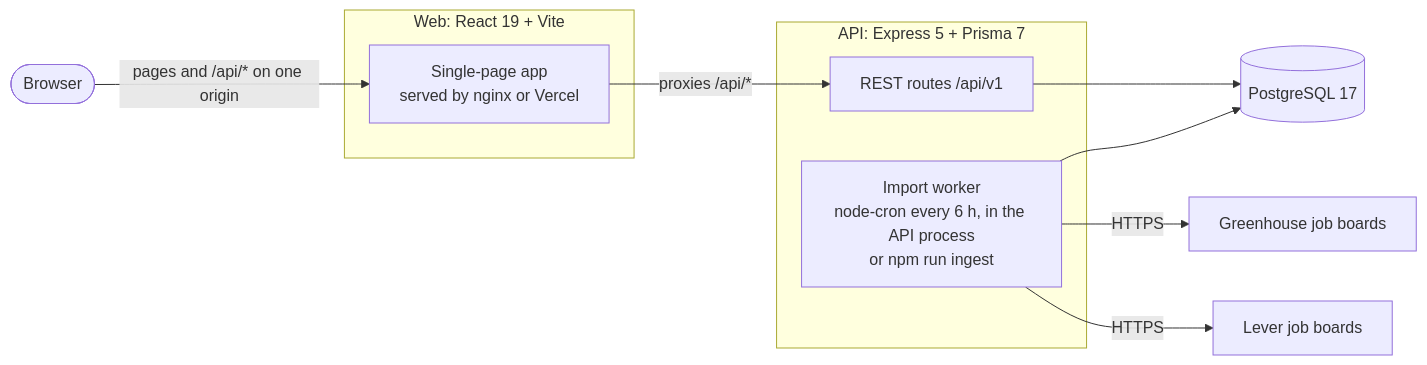
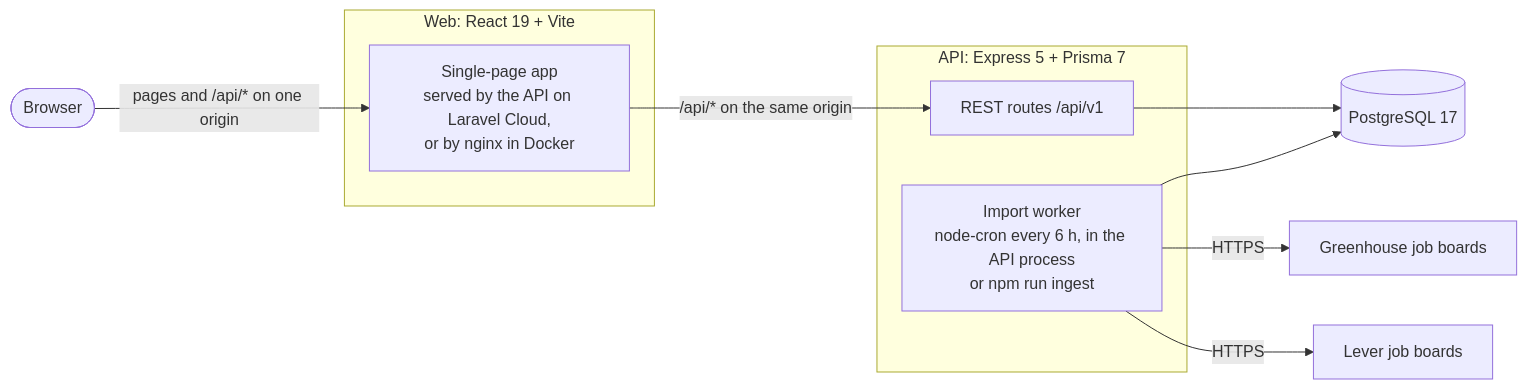
One commit to cabasoah/Fredericton-Grad-Jobs changed the diagram in README.md. Above: the diagram before and after it, drawn with Mermaid. The commit also changed other lines of this file and 2 other files, not shown here.

````diff
--- a/README.md
+++ b/README.md
@@ -33,21 +33,21 @@
 ```mermaid
 flowchart LR
   browser([Browser])
   subgraph web [Web: React 19 + Vite]
-    spa[Single-page app<br/>served by nginx or Vercel]
+    spa[Single-page app<br/>served by the API on Laravel Cloud,<br/>or by nginx in Docker]
   end
   subgraph api [API: Express 5 + Prisma 7]
     routes[REST routes /api/v1]
     worker[Import worker<br/>node-cron every 6 h, in the API process<br/>or npm run ingest]
   end
   db[(PostgreSQL 17)]
   gh[Greenhouse job boards]
   lv[Lever job boards]
 
   browser -- "pages and /api/* on one origin" --> spa
-  spa -- "proxies /api/*" --> routes
+  spa -- "/api/* on the same origin" --> routes
   routes --> db
   worker --> db
   worker -- HTTPS --> gh
   worker -- HTTPS --> lv
 ```
````
